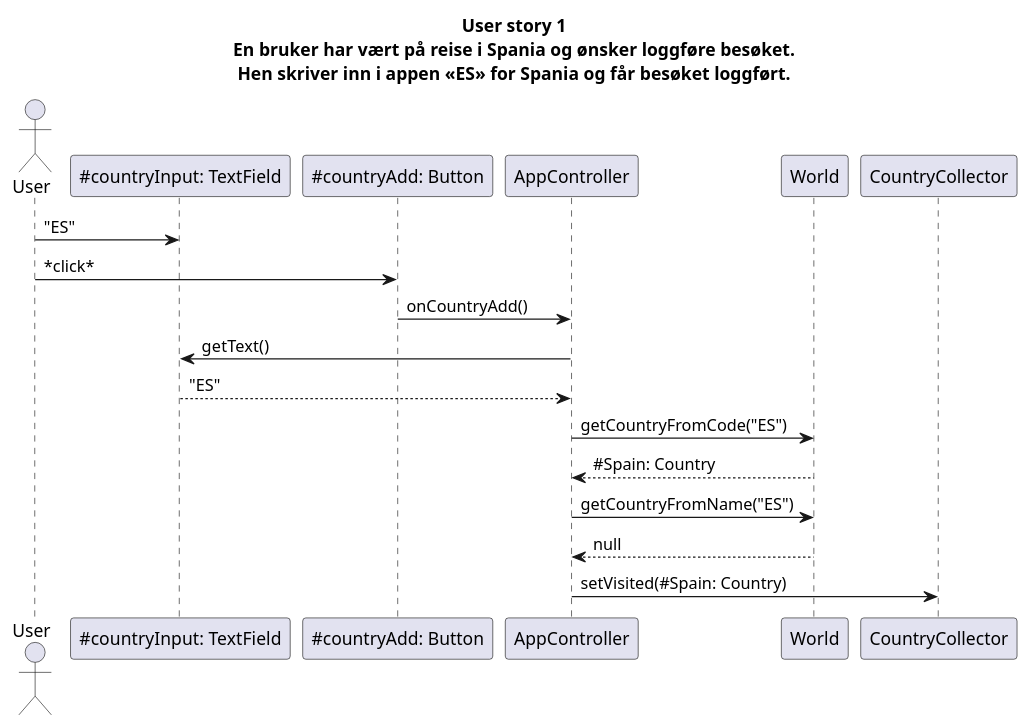
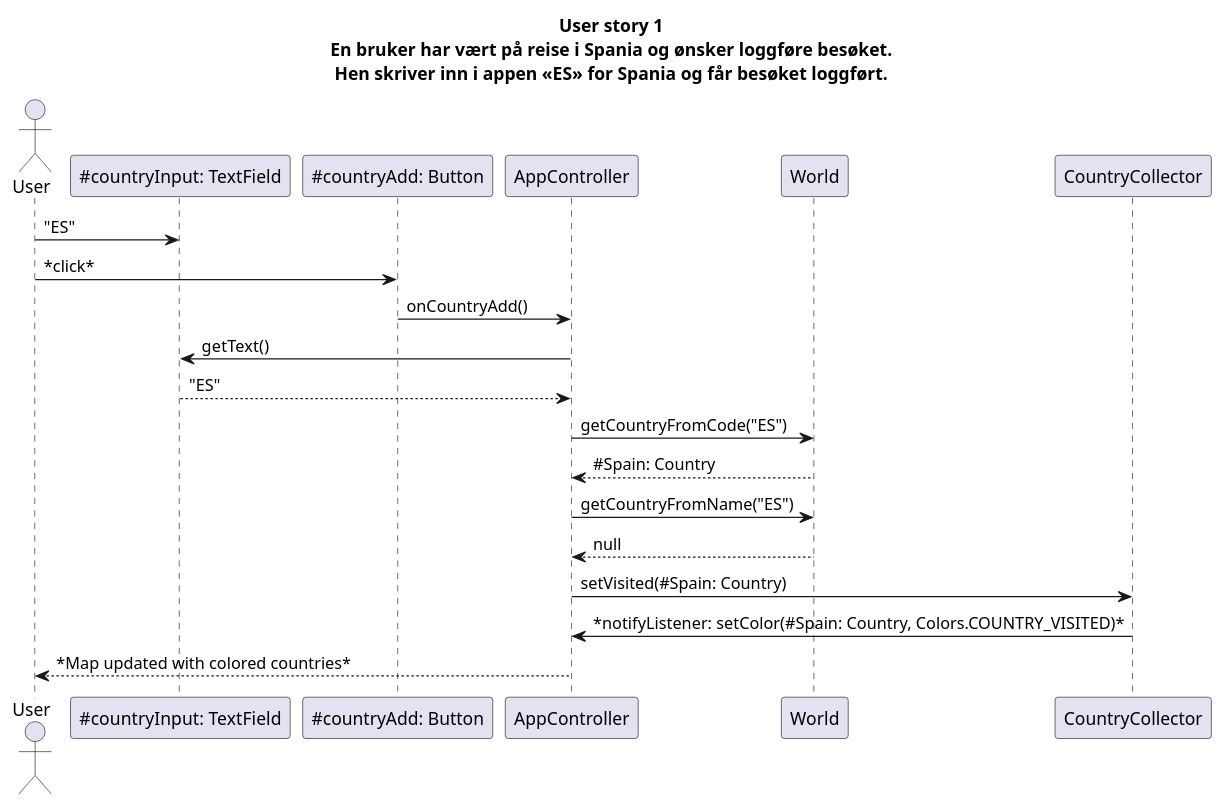
Before and after one commit to dotClique/globingular: the first of 2 diagrams in diagrams/userStories.puml, drawn with PlantUML. The commit also changed 3 other files, not shown here.

Commit message:
Update readme and UserStory-diagram

```diff
--- a/diagrams/userStories.puml
+++ b/diagrams/userStories.puml
@@ -1,17 +1,19 @@
 @startuml US01
 
 title <b>User story 1</b>\nEn bruker har vært på reise i Spania og ønsker loggføre besøket.\nHen skriver inn i appen «ES» for Spania og får besøket loggført.
 
 actor User
 User -> "~#countryInput: TextField" as countryInput: "ES"
 User -> "~#countryAdd: Button" as countryAdd: *click*
 countryAdd -> AppController: onCountryAdd()
 AppController -> countryInput: getText()
 return "ES"
 AppController -> World: getCountryFromCode("ES")
 return ~#Spain: Country
 AppController -> World: getCountryFromName("ES")
 return null
 AppController -> CountryCollector: setVisited(#Spain: Country)
+CountryCollector -> AppController: *notifyListener: setColor(#Spain: Country, Colors.COUNTRY_VISITED)*
+AppController --> User: *Map updated with colored countries*
 
 @enduml
```
